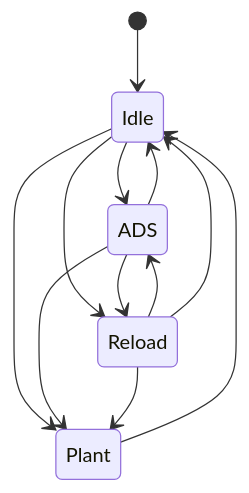
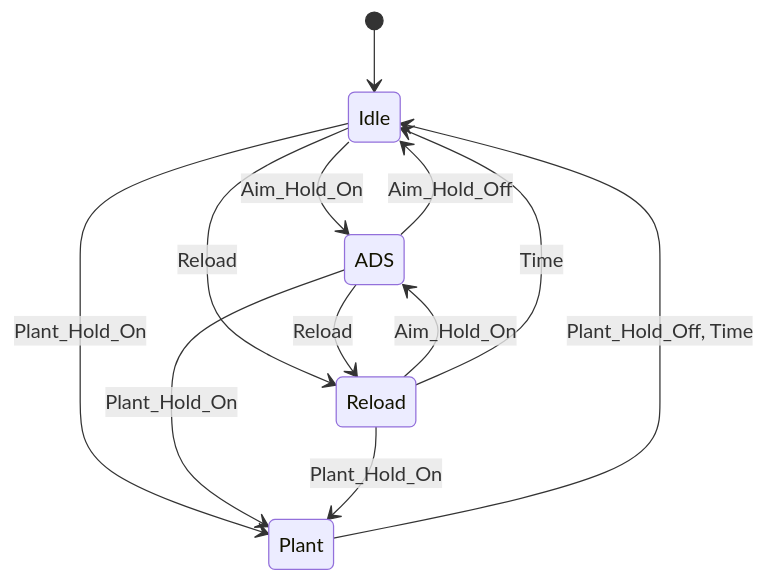
The second of 2 diagrams in FPS/Docs/PlayerCharacterController_AnimationState.md (kedzkiest/FPS), drawn with Mermaid before and after one commit. The commit also changed other lines of this file, not shown here.

````diff
--- a/FPS/Docs/PlayerCharacterController_AnimationState.md
+++ b/FPS/Docs/PlayerCharacterController_AnimationState.md
@@ -27,18 +27,18 @@
 ```mermaid
 stateDiagram-v2
     [*] --> Idle
 
-    Idle --> ADS
-    Idle --> Reload
-    Idle --> Plant
+    Idle --> ADS: Aim_Hold_On
+    Idle --> Reload: Reload
+    Idle --> Plant: Plant_Hold_On
 
-    ADS --> Idle
-    ADS --> Reload
-    ADS --> Plant
+    ADS --> Idle: Aim_Hold_Off
+    ADS --> Reload: Reload
+    ADS --> Plant: Plant_Hold_On
 
-    Reload --> ADS
-    Reload --> Idle
-    Reload --> Plant
+    Reload --> ADS: Aim_Hold_On
+    Reload --> Idle: Time
+    Reload --> Plant: Plant_Hold_On
 
-    Plant --> Idle
+    Plant --> Idle: Plant_Hold_Off, Time
 ```
````
